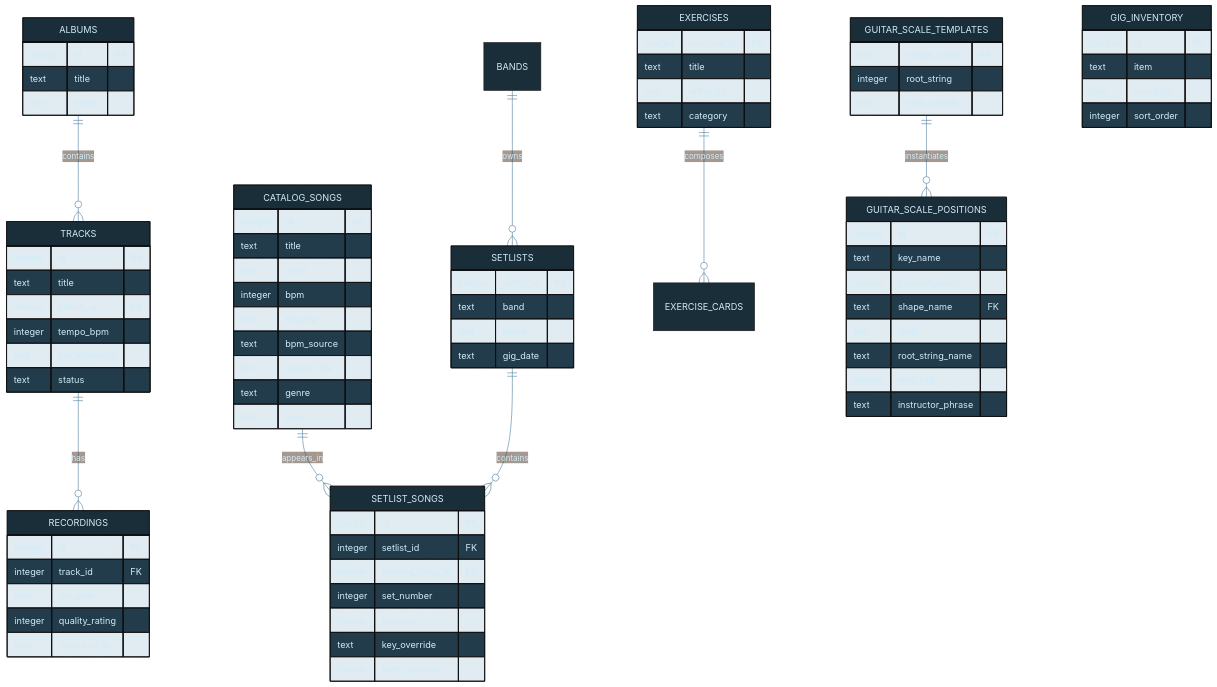
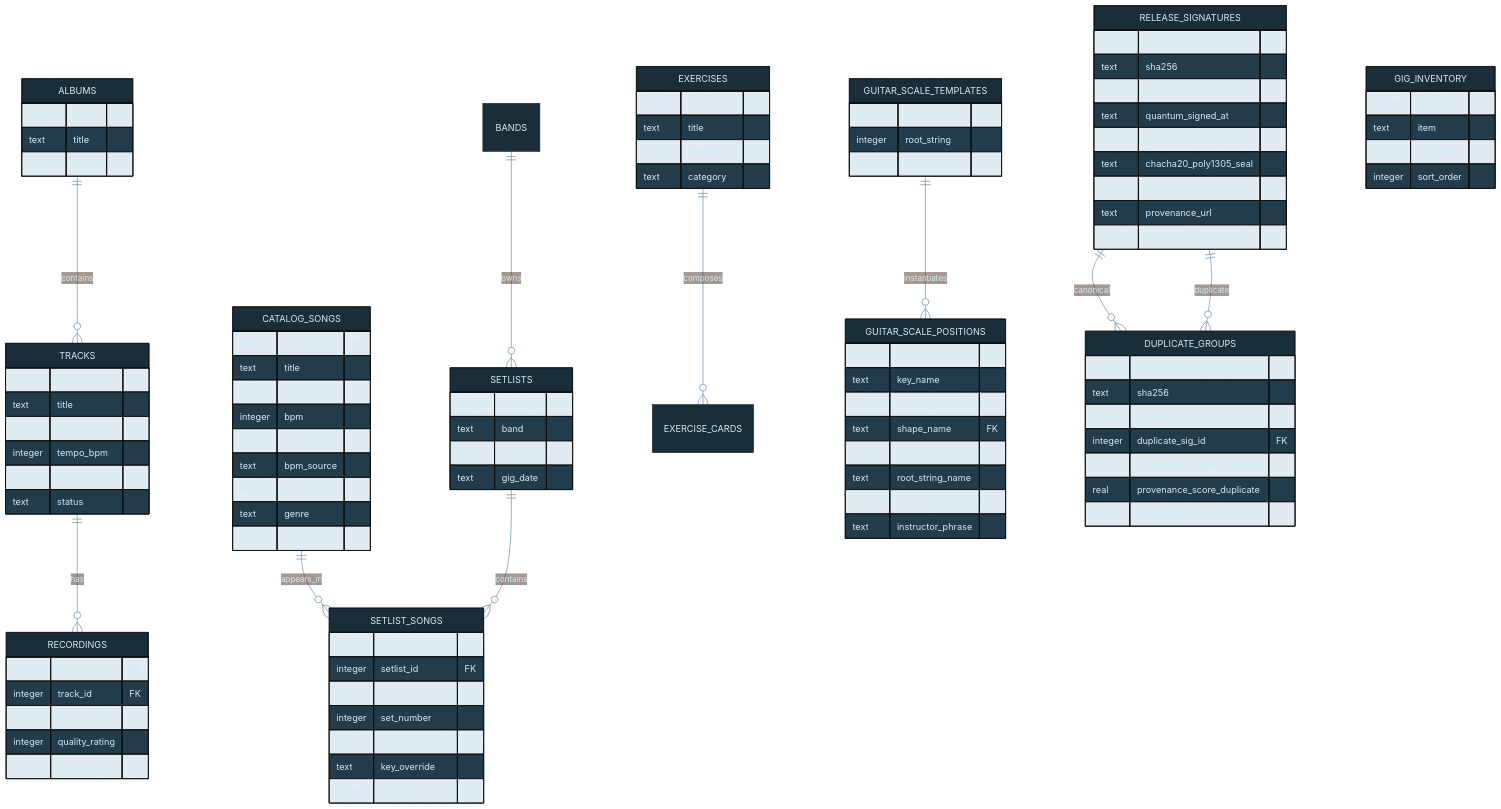
One commit to tylerdrakemusic/-Workspace changed the diagram in diagrams/music-db-schema.mmd. Above: the diagram before and after it, drawn with Mermaid.

Commit message:
docs(FR-20260527-catalog-dedup-scan): add RELEASE_SIGNATURES + DUPLICATE_GROUPS to music-db-schema

```diff
--- a/diagrams/music-db-schema.mmd
+++ b/diagrams/music-db-schema.mmd
@@ -1,83 +1,105 @@
 %%{init: {'theme': 'base', 'themeVariables': {'primaryColor': '#1a2e3a', 'primaryTextColor': '#d0ecf8', 'edgeLabelBackground': '#0f1318', 'lineColor': '#4a7a9a'}}}%%
 erDiagram
     TRACKS ||--o{ RECORDINGS : has
     ALBUMS ||--o{ TRACKS : contains
     CATALOG_SONGS ||--o{ SETLIST_SONGS : appears_in
     SETLISTS ||--o{ SETLIST_SONGS : contains
     BANDS ||--o{ SETLISTS : owns
     EXERCISES ||--o{ EXERCISE_CARDS : composes
     GUITAR_SCALE_TEMPLATES ||--o{ GUITAR_SCALE_POSITIONS : instantiates
+    RELEASE_SIGNATURES ||--o{ DUPLICATE_GROUPS : "canonical"
+    RELEASE_SIGNATURES ||--o{ DUPLICATE_GROUPS : "duplicate"
 
     TRACKS {
         integer id PK
         text title
         integer album_id FK
         integer tempo_bpm
         text key_signature
         text status
     }
     RECORDINGS {
         integer id PK
         integer track_id FK
         text file_path
         integer quality_rating
         text recorded_at
     }
     ALBUMS {
         integer id PK
         text title
         text status
     }
     CATALOG_SONGS {
         integer id PK
         text title
         text artist
         integer bpm
         text key_sig
         text bpm_source
         text source_file
         text genre
         text tags
     }
     SETLISTS {
         integer setlist_id PK
         text band
         text name
         text gig_date
     }
     SETLIST_SONGS {
         integer id PK
         integer setlist_id FK
         integer catalog_song_id FK
         integer set_number
         integer position
         text key_override
         integer bpm_override
     }
     EXERCISES {
         integer exercise_id PK
         text title
         text difficulty
         text category
     }
     GIG_INVENTORY {
         integer id PK
         text item
         text category
         integer sort_order
     }
     GUITAR_SCALE_TEMPLATES {
         text shape_name PK
         integer root_string
         text note_offsets
     }
     GUITAR_SCALE_POSITIONS {
         integer id PK
         text key_name
         integer position_order
         text shape_name FK
         text label
         text root_string_name
         integer root_fret
         text instructor_phrase
     }
+    RELEASE_SIGNATURES {
+        integer id PK
+        text sha256
+        text provenance_id
+        text quantum_signed_at
+        text pipeline
+        text chacha20_poly1305_seal
+        text aesgcm_seal
+        text provenance_url
+        text analyzed_at
+    }
+    DUPLICATE_GROUPS {
+        integer id PK
+        text sha256
+        integer canonical_sig_id FK
+        integer duplicate_sig_id FK
+        real provenance_score_canonical
+        real provenance_score_duplicate
+        text detected_at
+    }
```
